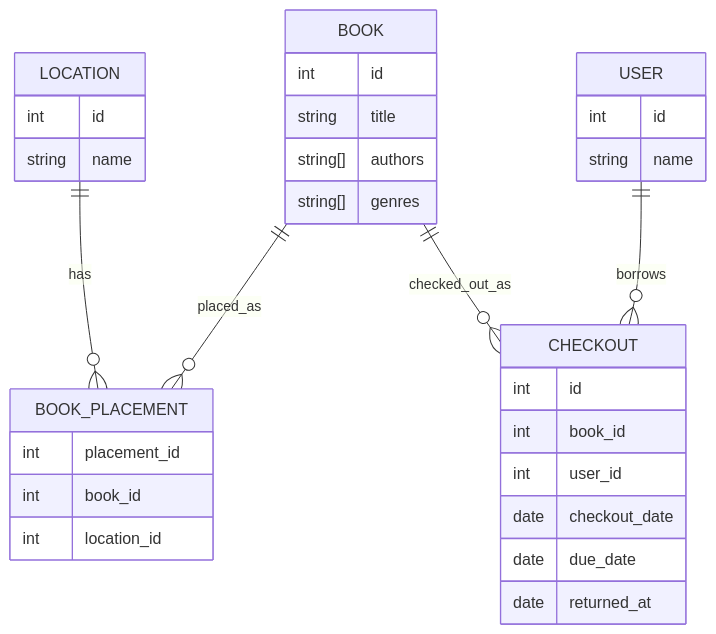
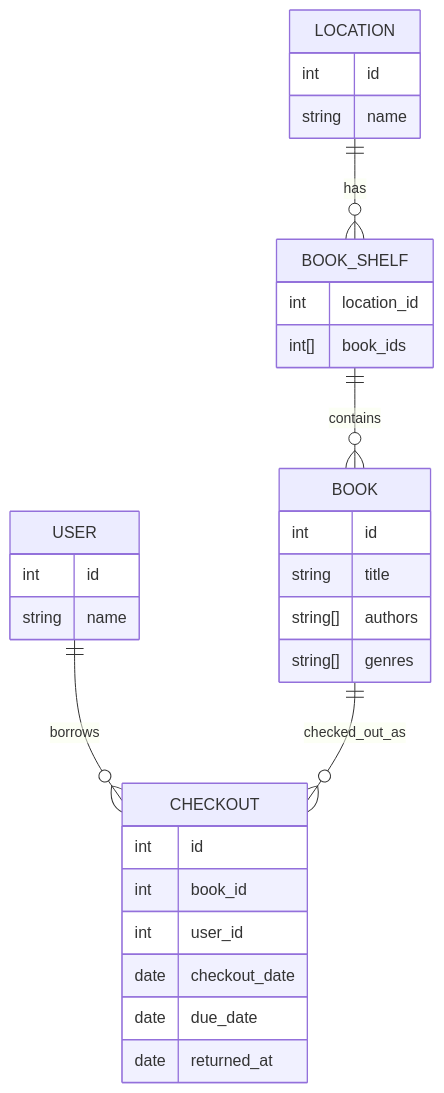
Before and after one commit to wairo8714/tech-library: the second of 2 diagrams in docs/domain-design.md, drawn with Mermaid. The commit also changed other lines of this file and 16 other files, not shown here.

````diff
--- a/docs/domain-design.md
+++ b/docs/domain-design.md
@@ -68,39 +68,38 @@
 ```mermaid
 erDiagram
-    BOOK ||--o{ BOOK_PLACEMENT : placed_as
-    LOCATION ||--o{ BOOK_PLACEMENT : has
+    LOCATION ||--o{ BOOK_SHELF : has
+    BOOK_SHELF ||--o{ BOOK : contains
     USER ||--o{ CHECKOUT : borrows
     BOOK ||--o{ CHECKOUT : checked_out_as
 
     BOOK {
         int id
         string title
         string[] authors
         string[] genres
     }
 
     LOCATION {
         int id
         string name
     }
 
-    BOOK_PLACEMENT {
-        int placement_id
-        int book_id
+    BOOK_SHELF {
         int location_id
+        int[] book_ids
     }
 
     USER {
         int id
         string name
     }
 
     CHECKOUT {
         int id
         int book_id
         int user_id
         date checkout_date
         date due_date
         date returned_at
     }
 ```
````
